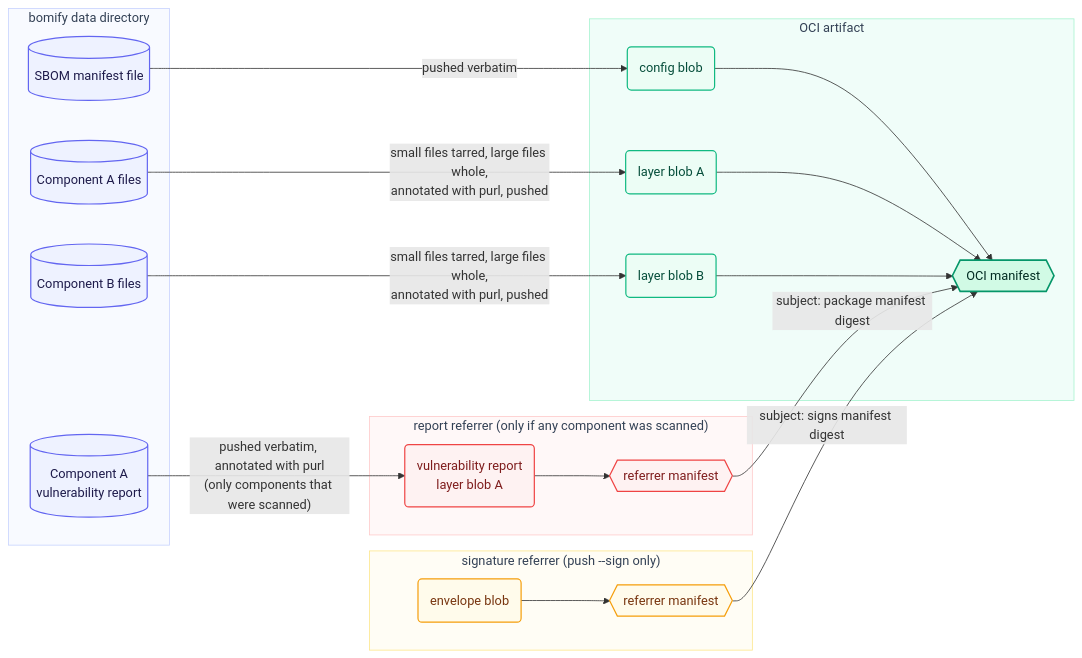
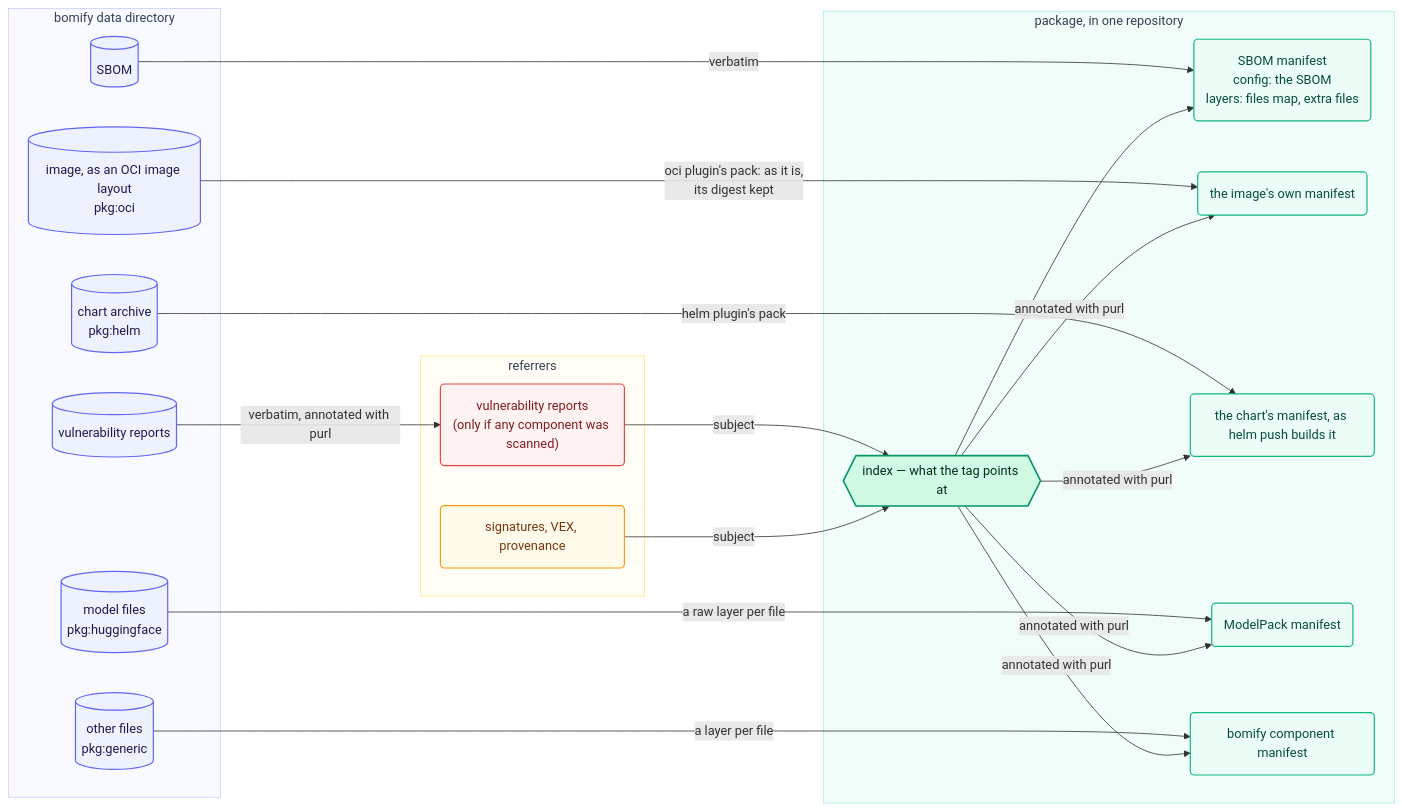
Before and after one commit to alejandro-velasco/bomify: the diagram in docs/diagrams/oci-artifact.mmd, drawn with Mermaid. The commit also changed 90 other files, not shown here.

First line of the commit message:
feat(push)!: publish a package as an oci index of its components' own formats

```diff
--- a/docs/diagrams/oci-artifact.mmd
+++ b/docs/diagrams/oci-artifact.mmd
@@ -1,52 +1,52 @@
 flowchart LR
     classDef local fill:#EEF2FF,stroke:#6366F1,stroke-width:1.5px,color:#1e1b4b
     classDef oci fill:#ECFDF5,stroke:#10B981,stroke-width:1.5px,color:#064e3b
     classDef ociFinal fill:#D1FAE5,stroke:#059669,stroke-width:2px,color:#022c22
     classDef sig fill:#FFFBEB,stroke:#F59E0B,stroke-width:1.5px,color:#78350f
     classDef vuln fill:#FEF2F2,stroke:#EF4444,stroke-width:1.5px,color:#7f1d1d
 
     subgraph Local["bomify data directory"]
-        SBOM[("SBOM manifest file")]
-        C1[("Component A files")]
-        C2[("Component B files")]
-        V1[("Component A<br/>vulnerability report")]
+        SBOM[("SBOM")]
+        Image[("image, as an OCI image layout<br/>pkg:oci")]
+        Chart[("chart archive<br/>pkg:helm")]
+        Model[("model files<br/>pkg:huggingface")]
+        Files[("other files<br/>pkg:generic")]
+        Report[("vulnerability reports")]
     end
 
-    subgraph OCI["OCI artifact"]
-        Config("config blob")
-        Layer1("layer blob A")
-        Layer2("layer blob B")
-        Manifest{{"OCI manifest"}}
+    subgraph Package["package, in one repository"]
+        Index{{"index — what the tag points at"}}
+        SBOMManifest("SBOM manifest<br/>config: the SBOM<br/>layers: files map, extra files")
+        ImageManifest("the image's own manifest")
+        ChartManifest("the chart's manifest, as helm push builds it")
+        ModelManifest("ModelPack manifest")
+        FilesManifest("bomify component manifest")
     end
 
-    subgraph Reports["report referrer (only if any component was scanned)"]
-        Vuln1("vulnerability report<br/>layer blob A")
-        ReportManifest{{"referrer manifest"}}
+    subgraph Referrers["referrers"]
+        Reports("vulnerability reports<br/>(only if any component was scanned)")
+        Signed("signatures, VEX, provenance")
     end
 
-    subgraph Referrer["signature referrer (push --sign only)"]
-        Envelope("envelope blob")
-        SigManifest{{"referrer manifest"}}
-    end
+    SBOM -- "verbatim" --> SBOMManifest
+    Image -- "oci plugin's pack: as it is,<br/>its digest kept" --> ImageManifest
+    Chart -- "helm plugin's pack" --> ChartManifest
+    Model -- "a raw layer per file" --> ModelManifest
+    Files -- "a layer per file" --> FilesManifest
+    Report -- "verbatim, annotated with purl" --> Reports
+    Index --> SBOMManifest
+    Index -- "annotated with purl" --> ImageManifest
+    Index -- "annotated with purl" --> ChartManifest
+    Index -- "annotated with purl" --> ModelManifest
+    Index -- "annotated with purl" --> FilesManifest
+    Reports -- "subject" --> Index
+    Signed -- "subject" --> Index
 
-    SBOM -- "pushed verbatim" --> Config
-    C1 -- "small files tarred, large files whole,<br/>annotated with purl, pushed" --> Layer1
-    C2 -- "small files tarred, large files whole,<br/>annotated with purl, pushed" --> Layer2
-    V1 -- "pushed verbatim, annotated with purl<br/>(only components that were scanned)" --> Vuln1
-    Config --> Manifest
-    Layer1 --> Manifest
-    Layer2 --> Manifest
-    Vuln1 --> ReportManifest
-    ReportManifest -- "subject: package manifest digest" --> Manifest
-    Envelope --> SigManifest
-    SigManifest -- "subject: signs manifest digest" --> Manifest
-
-    class SBOM,C1,C2,V1 local
-    class Config,Layer1,Layer2 oci
-    class Manifest ociFinal
-    class Vuln1,ReportManifest vuln
-    class Envelope,SigManifest sig
+    class SBOM,Image,Chart,Model,Files,Report local
+    class SBOMManifest,ImageManifest,ChartManifest,ModelManifest,FilesManifest oci
+    class Index ociFinal
+    class Reports vuln
+    class Signed sig
     style Local fill:#F8FAFF,stroke:#C7D2FE,stroke-width:1px,color:#334155
-    style OCI fill:#F0FDF9,stroke:#A7F3D0,stroke-width:1px,color:#334155
-    style Reports fill:#FFF8F8,stroke:#FECACA,stroke-width:1px,color:#334155
-    style Referrer fill:#FFFDF5,stroke:#FDE68A,stroke-width:1px,color:#334155
+    style Package fill:#F0FDF9,stroke:#A7F3D0,stroke-width:1px,color:#334155
+    style Referrers fill:#FFFDF5,stroke:#FDE68A,stroke-width:1px,color:#334155
```
